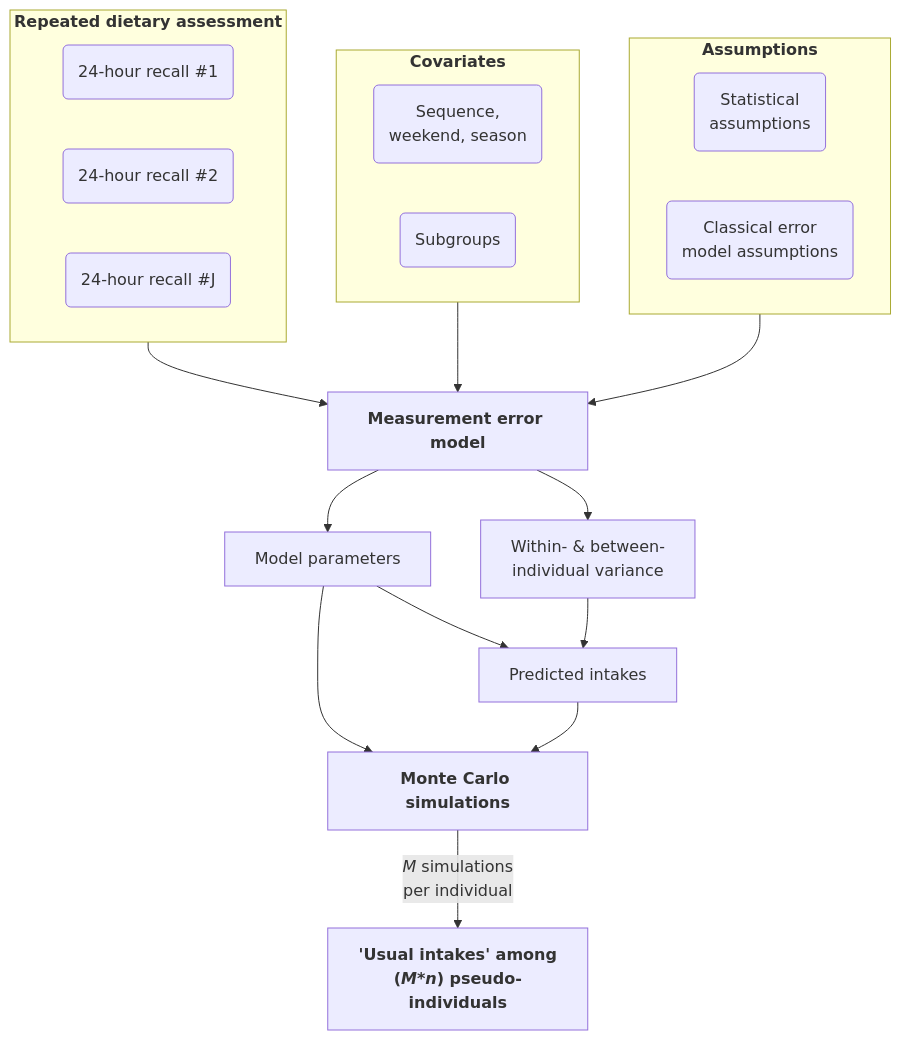
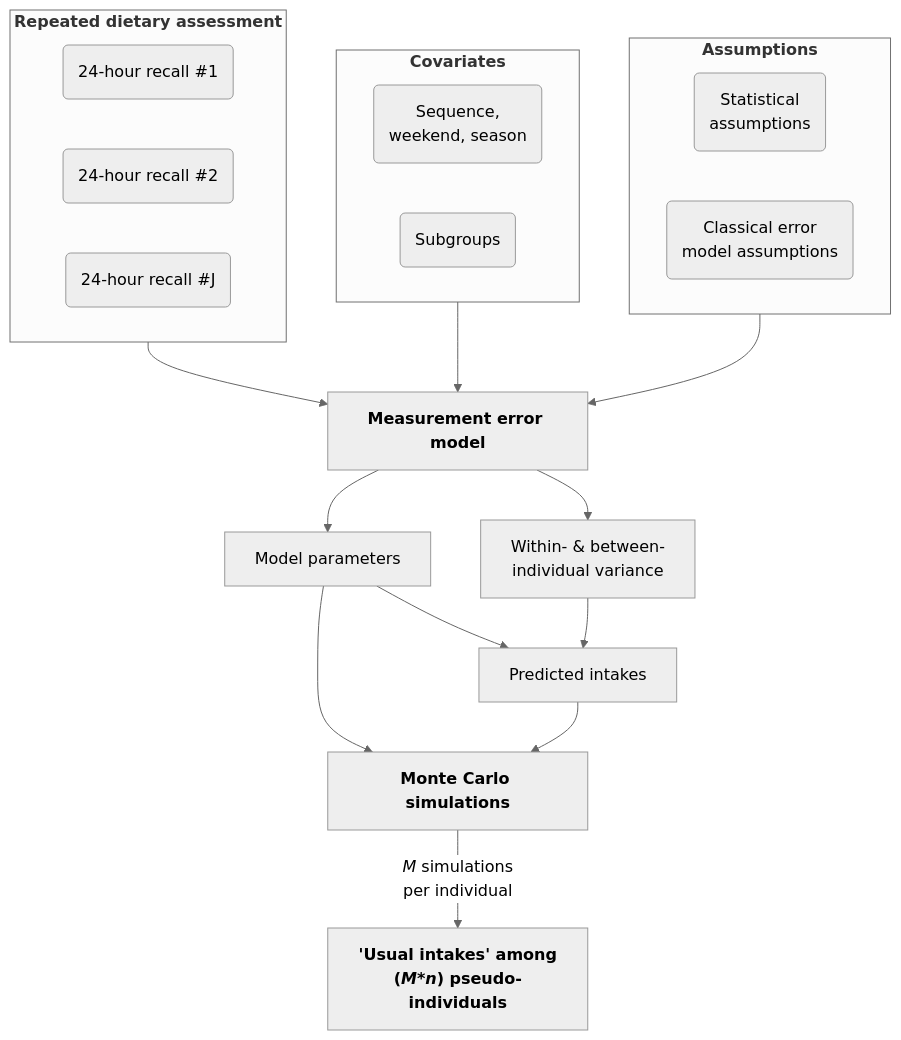
The diagram in README.md (didierbrassard/nci_workshop), drawn with Mermaid before and after one commit. The commit also changed other lines of this file, not shown here.

````diff
--- a/README.md
+++ b/README.md
@@ -48,27 +48,27 @@
 ``` mermaid
-%%{init: {&#39;theme&#39;: &#39;neutral&#39; } }%%
+%%{init: {'theme': 'neutral' } }%%
 flowchart TB
 subgraph data[<b>Repeated dietary assessment</b>]
     R1("24-hour recall #1")
     R2("24-hour recall #2")
     R3("24-hour recall #J")
 end
 subgraph C[<b>Covariates</b>]
     N(Sequence,<br>weekend, season)
     Z(Subgroups)
 end
 subgraph A[<b>Assumptions</b>]
     S1(Statistical<br>assumptions)
     S2(Classical error<br>model assumptions)
 end
     data -->M[<b>Measurement error model</b>]
     C-->M
     A-->M
     M-->P1["Model parameters"]
     P1-->P2["Predicted intakes"]
     M-->P3[Within- & between-<br>individual variance]
     P3-->P2
     P1 & P2-->MC["<b>Monte Carlo simulations</b>"]
     MC--"<I>M</I> simulations<br>per individual"-->PI["<b>'Usual intakes' among<br>(<I>M*n</I>) pseudo-individuals"]
     
 ```
````
